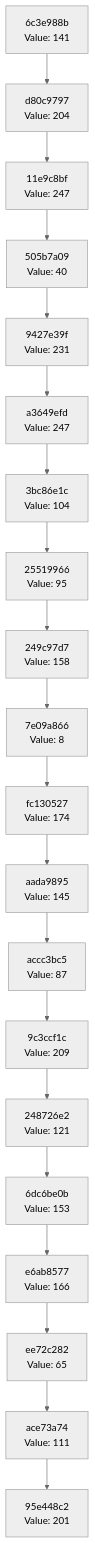
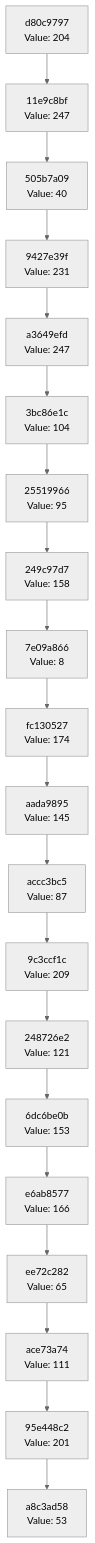
The diagram in docs/CHAIN_VISUALIZATION.md (Abhisheksinha1506/hash-chain-evolver), drawn with Mermaid (neutral theme) before and after one commit. The commit also changed 2 other files, not shown here.

Commit message:
Evolution step: hash 0x35 → action executed

````diff
--- a/docs/CHAIN_VISUALIZATION.md
+++ b/docs/CHAIN_VISUALIZATION.md
@@ -3,42 +3,42 @@
 ```mermaid
 graph TD
-    C0["95e448c2<br/>Value: 201"]
-    C1["ace73a74<br/>Value: 111"]
+    C0["a8c3ad58<br/>Value: 53"]
+    C1["95e448c2<br/>Value: 201"]
     C1 --> C0
-    C2["ee72c282<br/>Value: 65"]
+    C2["ace73a74<br/>Value: 111"]
     C2 --> C1
-    C3["e6ab8577<br/>Value: 166"]
+    C3["ee72c282<br/>Value: 65"]
     C3 --> C2
-    C4["6dc6be0b<br/>Value: 153"]
+    C4["e6ab8577<br/>Value: 166"]
     C4 --> C3
-    C5["248726e2<br/>Value: 121"]
+    C5["6dc6be0b<br/>Value: 153"]
     C5 --> C4
-    C6["9c3ccf1c<br/>Value: 209"]
+    C6["248726e2<br/>Value: 121"]
     C6 --> C5
-    C7["accc3bc5<br/>Value: 87"]
+    C7["9c3ccf1c<br/>Value: 209"]
     C7 --> C6
-    C8["aada9895<br/>Value: 145"]
+    C8["accc3bc5<br/>Value: 87"]
     C8 --> C7
-    C9["fc130527<br/>Value: 174"]
+    C9["aada9895<br/>Value: 145"]
     C9 --> C8
-    C10["7e09a866<br/>Value: 8"]
+    C10["fc130527<br/>Value: 174"]
     C10 --> C9
-    C11["249c97d7<br/>Value: 158"]
+    C11["7e09a866<br/>Value: 8"]
     C11 --> C10
-    C12["25519966<br/>Value: 95"]
+    C12["249c97d7<br/>Value: 158"]
     C12 --> C11
-    C13["3bc86e1c<br/>Value: 104"]
+    C13["25519966<br/>Value: 95"]
     C13 --> C12
-    C14["a3649efd<br/>Value: 247"]
+    C14["3bc86e1c<br/>Value: 104"]
     C14 --> C13
-    C15["9427e39f<br/>Value: 231"]
+    C15["a3649efd<br/>Value: 247"]
     C15 --> C14
-    C16["505b7a09<br/>Value: 40"]
+    C16["9427e39f<br/>Value: 231"]
     C16 --> C15
-    C17["11e9c8bf<br/>Value: 247"]
+    C17["505b7a09<br/>Value: 40"]
     C17 --> C16
-    C18["d80c9797<br/>Value: 204"]
+    C18["11e9c8bf<br/>Value: 247"]
     C18 --> C17
-    C19["6c3e988b<br/>Value: 141"]
+    C19["d80c9797<br/>Value: 204"]
     C19 --> C18
 ```
````
